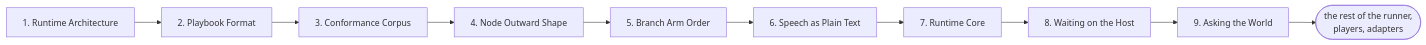
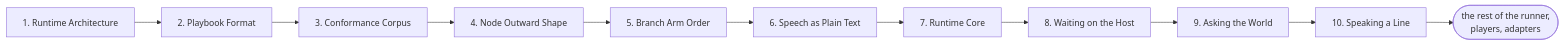
One commit to pengzhengyi/dialoguedown changed the second of 4 diagrams in docs/contributing/design-notes/README.md. Above: the diagram before and after it, drawn with Mermaid. The commit also changed other lines of this file and 2 other files, not shown here.

Commit message:
docs(design-notes): add Speaking a Line
Design the pass that plays a line's words and commands in the order they
were written. Every line opens with a Said naming its speaker, each
command is a Perform, and the words after a command are a Continued. A
step stops inside a line only before a query written after a command,
so the query reads the world the command left behind.

The note records where the run stands inside a node (AwaitingDone's
Resume and the Moment union), that a line waits for the player once the
host is done while a control block moves on, what Done promises, and the
split of Arrival into Arrival, Playing and Departure. It lands in two
milestones: commands in place (M1), then stopping before a query (M2).

````diff
--- a/docs/contributing/design-notes/README.md
+++ b/docs/contributing/design-notes/README.md
@@ -111,12 +111,13 @@
 ```mermaid
 flowchart LR
     RA["1. Runtime Architecture"] --> PF["2. Playbook Format"]
     PF --> CC["3. Conformance Corpus"]
     CC --> NOS["4. Node Outward Shape"]
     NOS --> BAO["5. Branch Arm Order"]
     BAO --> SPT["6. Speech as Plain Text"]
     SPT --> RC["7. Runtime Core"]
     RC --> WT["8. Waiting on the Host"]
     WT --> AW["9. Asking the World"]
-    AW --> RUN(["the rest of the runner,<br/>players, adapters"])
+    AW --> SL["10. Speaking a Line"]
+    SL --> RUN(["the rest of the runner,<br/>players, adapters"])
 ```
````
